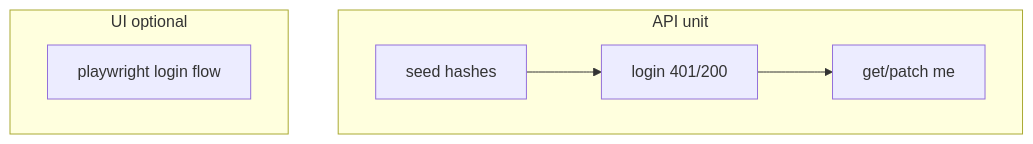
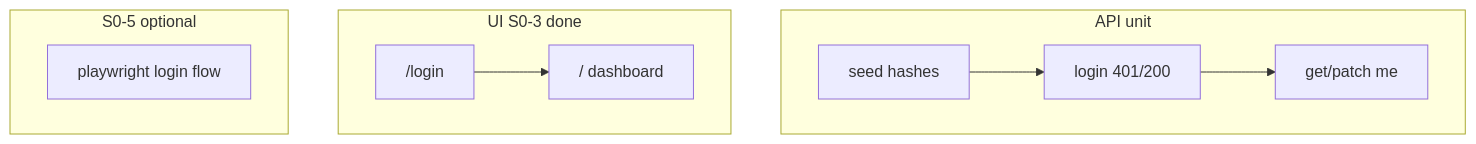
Before and after one commit to pepetostado/pumpInterviewProject: the fourth of 4 diagrams in pepe/architecture/diagrams0.md, drawn with Mermaid. The commit also changed other lines of this file and 19 other files, not shown here.

````diff
--- a/pepe/architecture/diagrams0.md
+++ b/pepe/architecture/diagrams0.md
@@ -53,14 +53,19 @@
 ```mermaid
 flowchart TB
   subgraph unit [API unit]
     login[login 401/200]
     me[get/patch me]
     seed[seed hashes]
   end
-  subgraph e2e [UI optional]
+  subgraph ui [UI S0-3 done]
+    loginPg["/login"]
+    dash["/ dashboard"]
+  end
+  subgraph e2e [S0-5 optional]
     pw[playwright login flow]
   end
+  loginPg --> dash
   login --> me
   seed --> login
 
 ```
````
